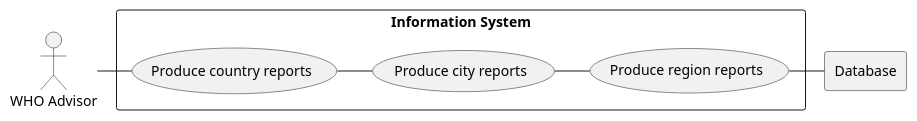
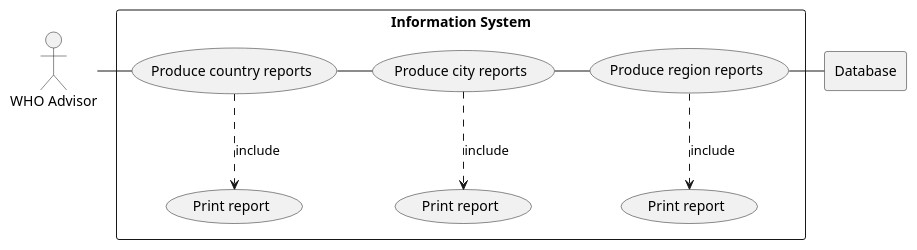
Before and after one commit to OlavJDigranes/SEMCoursework: the diagram in use-cases/Coursework.puml, drawn with PlantUML.

Commit message:
Update Coursework.puml, should be finished

```diff
--- a/use-cases/Coursework.puml
+++ b/use-cases/Coursework.puml
@@ -1,19 +1,25 @@
 @startuml
 actor WHO as "WHO Advisor"
 
 rectangle Database
 
 rectangle "Information System"{
     usecase UC1 as "Produce country reports"
+    usecase UC2 as "Produce city reports"
+    usecase UC3 as "Produce region reports"
 
-    usecase UC2 as "Produce city reports"
-
-    usecase UC3 as "Produce region reports"
+    usecase UCa as "Print report"
+    usecase UCb as "Print report"
+    usecase UCc as "Print report"
 
     WHO - UC1
     UC1 - UC2
     UC2 - UC3
     UC3 - Database
 
+    UC1 ..> UCa : include
+    UC2 ..> UCb : include
+    UC3 ..> UCc : include
+
 }
 @enduml
```
